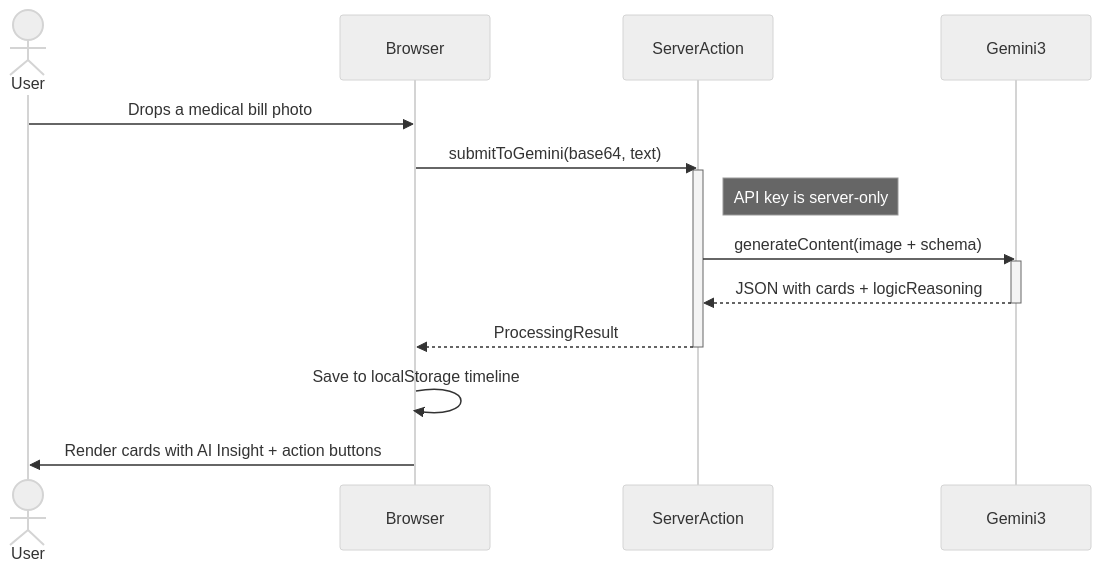
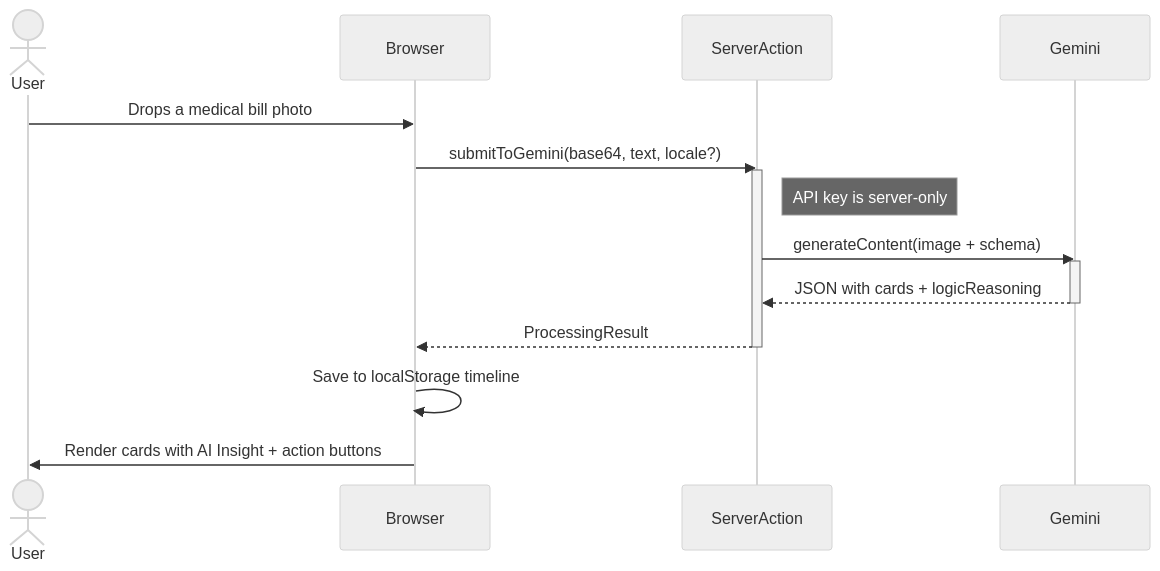
The second of 3 diagrams in README.md (DecentralizedJM/PromptWar), drawn with Mermaid (neutral theme) before and after one commit. The commit also changed other lines of this file, not shown here.

Commit message:
docs: align README with Gemini model, i18n, branding, and stack

````diff
--- a/README.md
+++ b/README.md
@@ -104,20 +115,20 @@
 ```mermaid
 sequenceDiagram
     actor User
     participant Browser
     participant ServerAction
-    participant Gemini3
+    participant GeminiAPI as Gemini
 
     User->>Browser: Drops a medical bill photo
-    Browser->>ServerAction: submitToGemini(base64, text)
+    Browser->>ServerAction: submitToGemini(base64, text, locale?)
     activate ServerAction
     Note right of ServerAction: API key is server-only
-    ServerAction->>Gemini3: generateContent(image + schema)
-    activate Gemini3
-    Gemini3-->>ServerAction: JSON with cards + logicReasoning
-    deactivate Gemini3
+    ServerAction->>GeminiAPI: generateContent(image + schema)
+    activate GeminiAPI
+    GeminiAPI-->>ServerAction: JSON with cards + logicReasoning
+    deactivate GeminiAPI
     ServerAction-->>Browser: ProcessingResult
     deactivate ServerAction
     Browser->>Browser: Save to localStorage timeline
     Browser->>User: Render cards with AI Insight + action buttons
 ```
````
